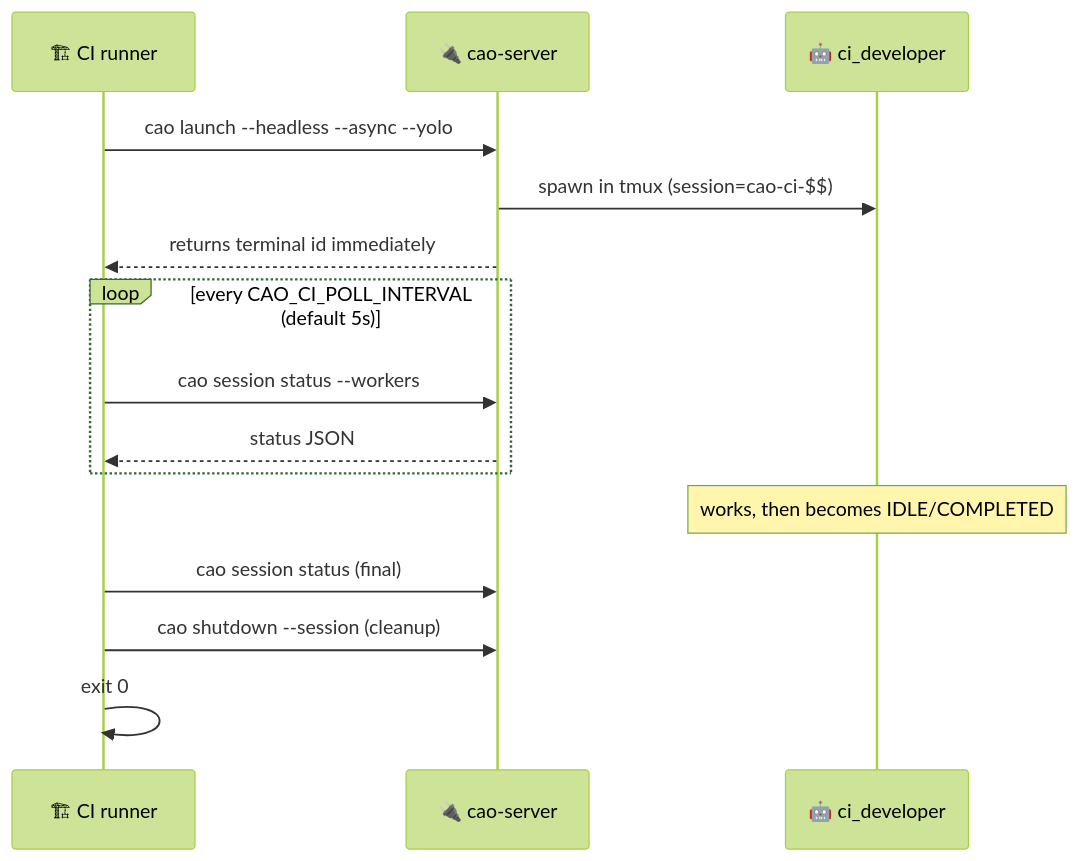
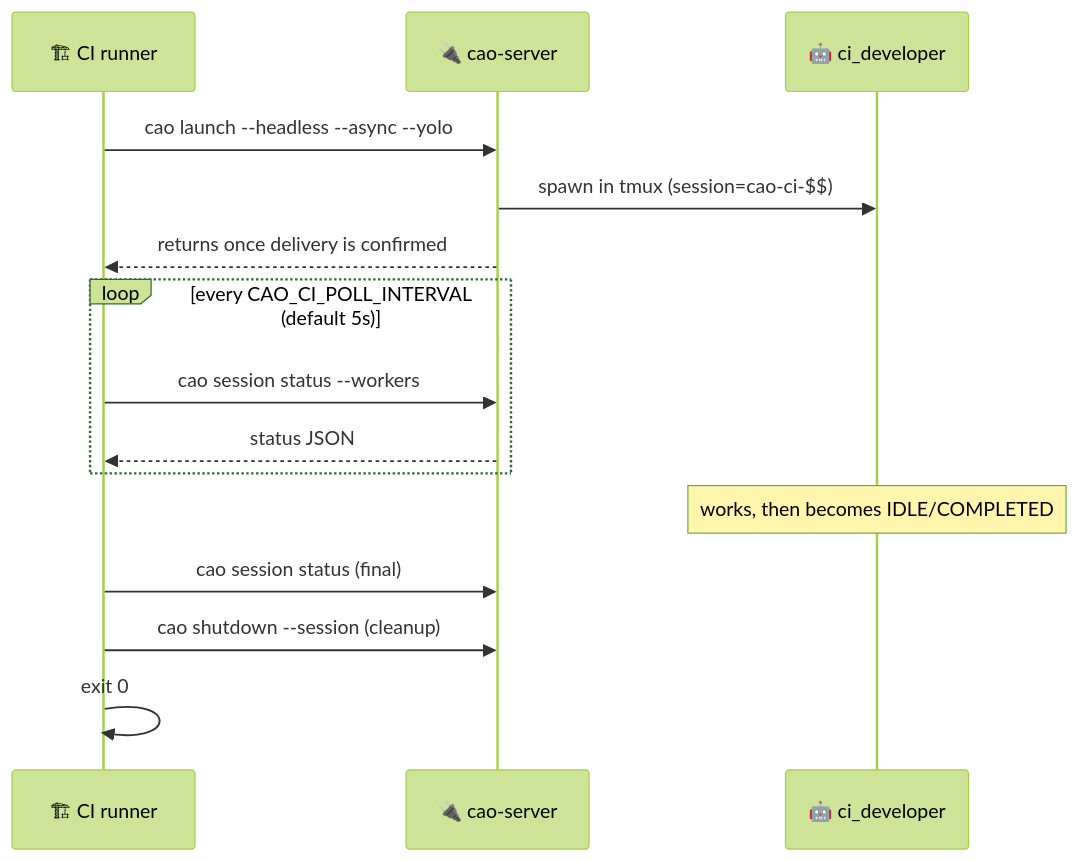
One commit to awslabs/cli-agent-orchestrator changed the diagram in examples/headless-ci/README.md. Above: the diagram before and after it, drawn with Mermaid (forest theme). The commit also changed other lines of this file and 6 other files, not shown here.

````diff
--- a/examples/headless-ci/README.md
+++ b/examples/headless-ci/README.md
@@ -12,17 +12,17 @@
 ```mermaid
 sequenceDiagram
     participant CI as 🏗 CI runner
     participant CAO as 🔌 cao-server
     participant Agent as 🤖 ci_developer
     CI->>CAO: cao launch --headless --async --yolo
     CAO->>Agent: spawn in tmux (session=cao-ci-$$)
-    CAO-->>CI: returns terminal id immediately
+    CAO-->>CI: returns once delivery is confirmed
     loop every CAO_CI_POLL_INTERVAL (default 5s)
         CI->>CAO: cao session status --workers
         CAO-->>CI: status JSON
     end
     Note over Agent: works, then becomes IDLE/COMPLETED
     CI->>CAO: cao session status (final)
     CI->>CAO: cao shutdown --session (cleanup)
     CI->>CI: exit 0
 ```
````
